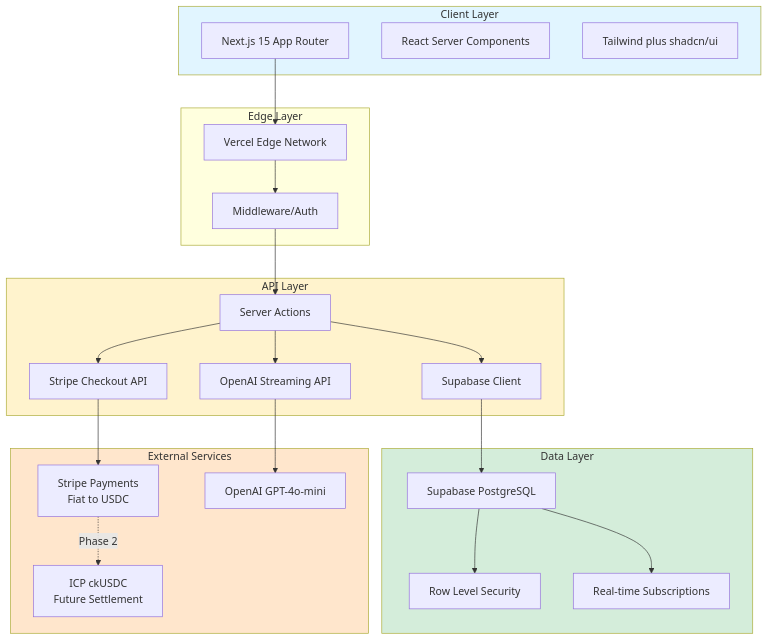
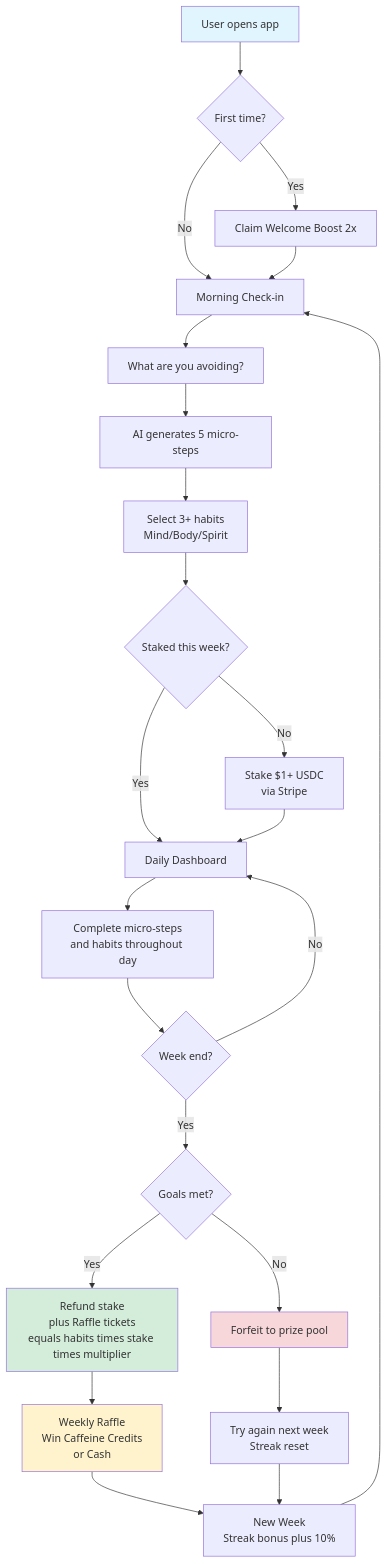
One commit to ozkite/momentum-app changed the diagram in README.md. Above: the diagram before and after it, drawn with Mermaid.

````diff
--- a/README.md
+++ b/README.md
@@ -2,50 +2,37 @@
 ``` mermaid
-flowchart TB
-    subgraph Client["Client Layer"]
-        A[Next.js 15 App Router]
-        B[React Server Components]
-        C[Tailwind plus shadcn/ui]
-    end
+flowchart TD
+    A[User opens app] --> B{First time?}
+    B -->|Yes| C[Claim Welcome Boost 2x]
+    B -->|No| D[Morning Check-in]
     
-    subgraph Edge["Edge Layer"]
-        D[Vercel Edge Network]
-        E[Middleware/Auth]
-    end
+    C --> D
     
-    subgraph API["API Layer"]
-        F[Server Actions]
-        G[Stripe Checkout API]
-        H[OpenAI Streaming API]
-        I[Supabase Client]
-    end
+    D --> E[What are you avoiding?]
+    E --> F[AI generates 5 micro-steps]
+    F --> G[Select 3+ habits<br/>Mind/Body/Spirit]
     
-    subgraph Data["Data Layer"]
-        J[Supabase PostgreSQL]
-        K[Row Level Security]
-        L[Real-time Subscriptions]
-    end
+    G --> H{Staked this week?}
+    H -->|No| I[Stake $1+ USDC<br/>via Stripe]
+    H -->|Yes| J[Daily Dashboard]
+    I --> J
     
-    subgraph External["External Services"]
-        M[Stripe Payments<br/>Fiat to USDC]
-        N[OpenAI GPT-4o-mini]
-        O[ICP ckUSDC<br/>Future Settlement]
-    end
+    J --> K[Complete micro-steps<br/>and habits throughout day]
+    K --> L{Week end?}
+    L -->|No| J
+    L -->|Yes| M{Goals met?}
     
-    A --> D
-    D --> E
-    E --> F
-    F --> G
-    F --> H
-    F --> I
-    I --> J
-    J --> K
-    J --> L
-    G --> M
-    H --> N
-    M -.->|Phase 2| O
+    M -->|Yes| N[Refund stake<br/>plus Raffle tickets<br/>equals habits times stake times multiplier]
+    M -->|No| O[Forfeit to prize pool]
     
-    style Client fill:#e1f5ff
-    style API fill:#fff3cd
-    style Data fill:#d4edda
-    style External fill:#ffe6cc
+    N --> P[Weekly Raffle<br/>Win Caffeine Credits<br/>or Cash]
+    O --> Q[Try again next week<br/>Streak reset]
+    
+    P --> R[New Week<br/>Streak bonus plus 10%]
+    Q --> R
+    R --> D
+    
+    style A fill:#e1f5ff
+    style N fill:#d4edda
+    style O fill:#f8d7da
+    style P fill:#fff3cd
 ```
````
